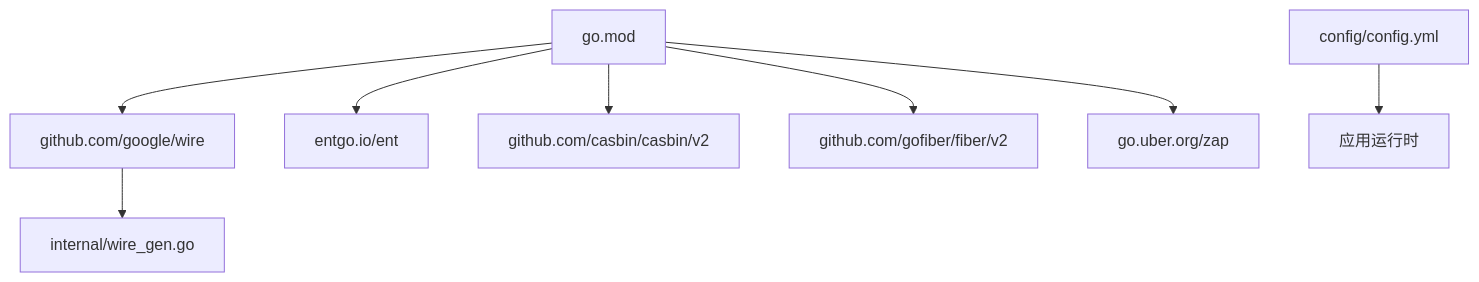
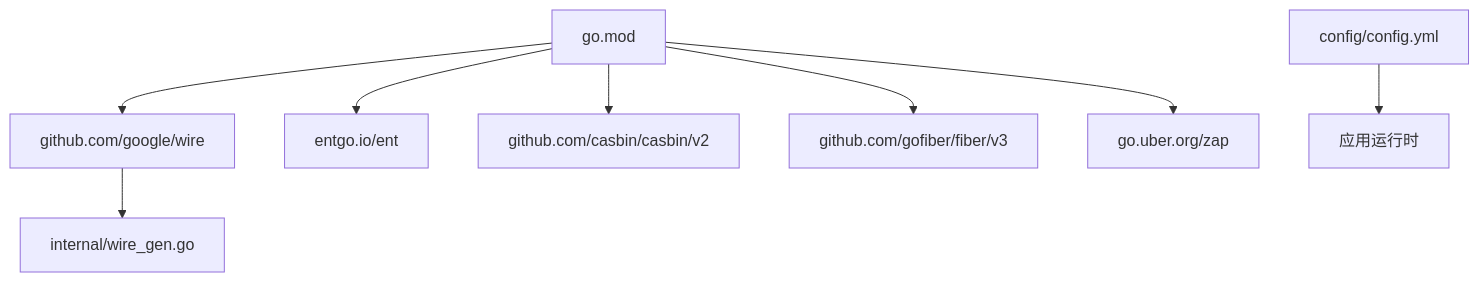
One commit to wuwuseo/e-sports-go-admin changed the eighth of 8 diagrams in .qoder/repowiki/zh/content/依赖注入系统/Wire 框架使用.md. Above: the diagram before and after it, drawn with Mermaid. The commit also changed other lines of this file and 42 other files, not shown here.

````diff
--- a/.qoder/repowiki/zh/content/依赖注入系统/Wire 框架使用.md
+++ b/.qoder/repowiki/zh/content/依赖注入系统/Wire 框架使用.md
@@ -268,10 +270,10 @@
 ```mermaid
 graph TB
 M["go.mod"] --> W["github.com/google/wire"]
 M --> E["entgo.io/ent"]
 M --> C["github.com/casbin/casbin/v2"]
-M --> F["github.com/gofiber/fiber/v2"]
+M --> F["github.com/gofiber/fiber/v3"]
 M --> Z["go.uber.org/zap"]
 CFG["config/config.yml"] --> APP["应用运行时"]
 W --> GEN["internal/wire_gen.go"]
 ```
````
